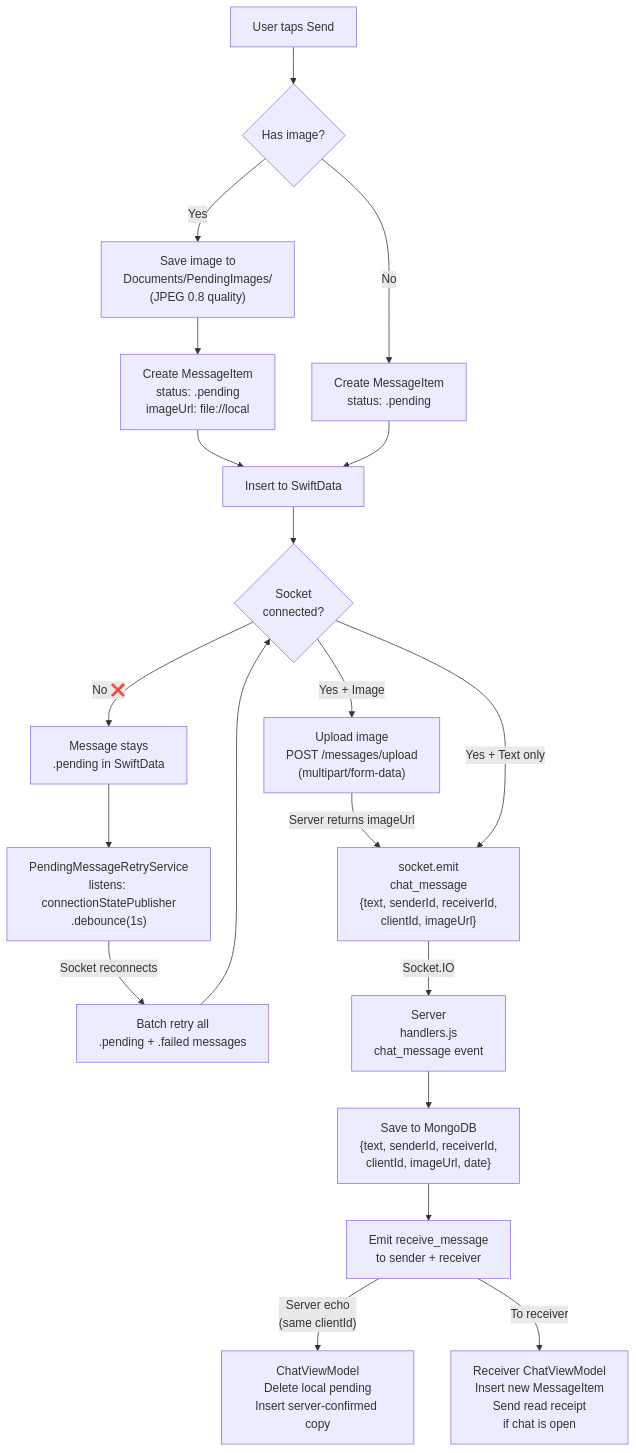
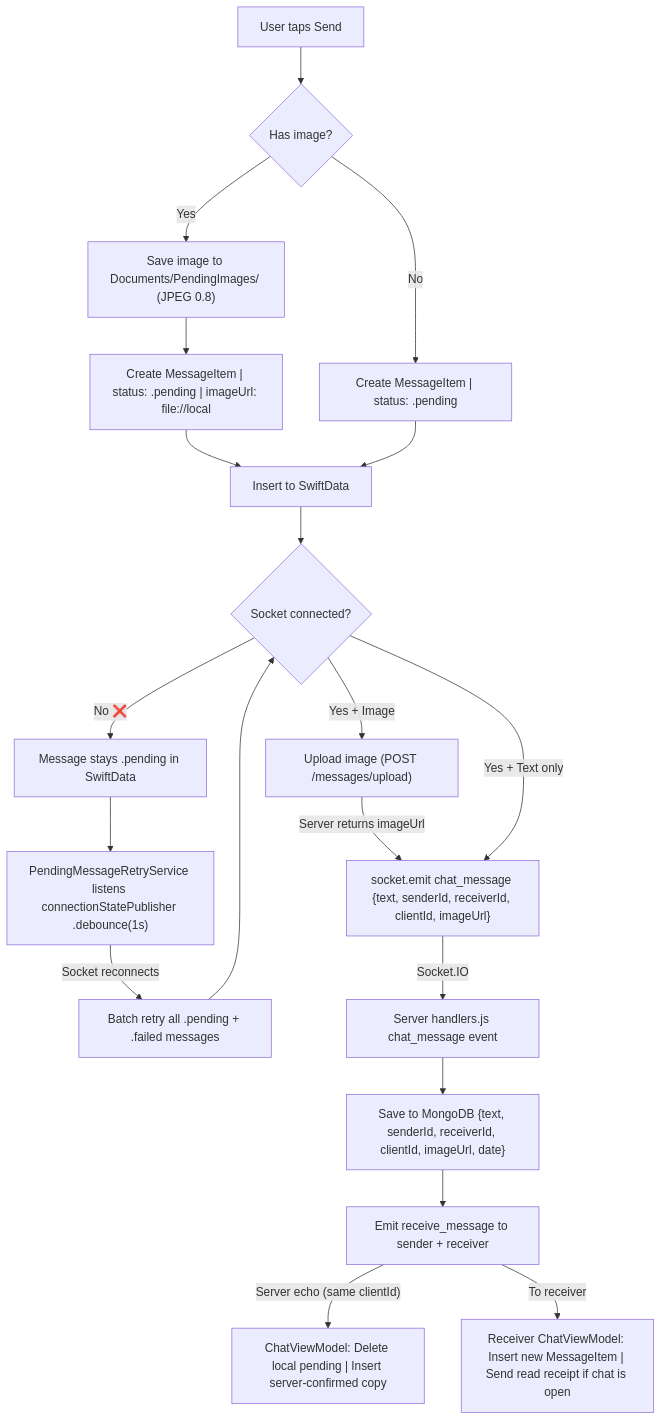
The third of 6 diagrams in README.md (denizyakar/SoniApp), drawn with Mermaid before and after one commit. The commit also changed other lines of this file, not shown here.

````diff
--- a/README.md
+++ b/README.md
@@ -158,30 +158,30 @@
 ```mermaid
 flowchart TD
     A["User taps Send"] --> B{"Has image?"}
 
-    B -->|"Yes"| C["Save image to\nDocuments/PendingImages/\n(JPEG 0.8 quality)"]
-    C --> D["Create MessageItem\nstatus: .pending\nimageUrl: file://local"]
-    B -->|"No"| D2["Create MessageItem\nstatus: .pending"]
+    B -->|"Yes"| C["Save image to Documents/PendingImages/ (JPEG 0.8)"]
+    C --> D["Create MessageItem | status: .pending | imageUrl: file://local"]
+    B -->|"No"| D2["Create MessageItem | status: .pending"]
 
     D --> E["Insert to SwiftData"]
     D2 --> E
 
-    E --> F{"Socket\nconnected?"}
+    E --> F{"Socket connected?"}
 
-    F -->|"Yes + Image"| G["Upload image\nPOST /messages/upload\n(multipart/form-data)"]
-    G -->|"Server returns imageUrl"| H["socket.emit\nchat_message\n{text, senderId, receiverId,\nclientId, imageUrl}"]
+    F -->|"Yes + Image"| G["Upload image (POST /messages/upload)"]
+    G -->|"Server returns imageUrl"| H["socket.emit chat_message {text, senderId, receiverId, clientId, imageUrl}"]
 
     F -->|"Yes + Text only"| H
 
-    F -->|"No ❌"| I["Message stays\n.pending in SwiftData"]
-    I --> J["PendingMessageRetryService\nlistens: connectionStatePublisher\n.debounce(1s)"]
-    J -->|"Socket reconnects"| K["Batch retry all\n.pending + .failed messages"]
+    F -->|"No ❌"| I["Message stays .pending in SwiftData"]
+    I --> J["PendingMessageRetryService listens connectionStatePublisher .debounce(1s)"]
+    J -->|"Socket reconnects"| K["Batch retry all .pending + .failed messages"]
     K --> F
 
-    H -->|"Socket.IO"| L["Server\nhandlers.js\nchat_message event"]
-    L --> M["Save to MongoDB\n{text, senderId, receiverId,\nclientId, imageUrl, date}"]
-    M --> N["Emit receive_message\nto sender + receiver"]
+    H -->|"Socket.IO"| L["Server handlers.js chat_message event"]
+    L --> M["Save to MongoDB {text, senderId, receiverId, clientId, imageUrl, date}"]
+    M --> N["Emit receive_message to sender + receiver"]
 
-    N -->|"Server echo\n(same clientId)"| O["ChatViewModel\nDelete local pending\nInsert server-confirmed copy"]
-    N -->|"To receiver"| P["Receiver ChatViewModel\nInsert new MessageItem\nSend read receipt\nif chat is open"]
+    N -->|"Server echo (same clientId)"| O["ChatViewModel: Delete local pending | Insert server-confirmed copy"]
+    N -->|"To receiver"| P["Receiver ChatViewModel: Insert new MessageItem | Send read receipt if chat is open"]
 ```
````
